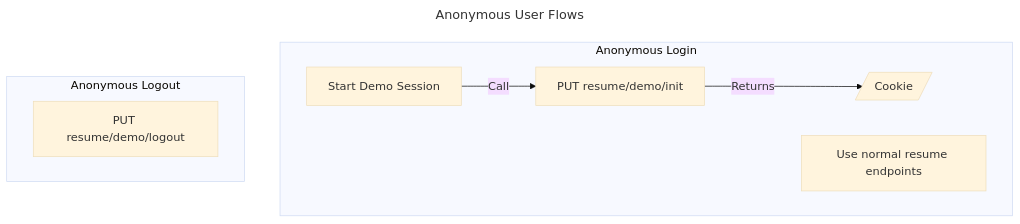
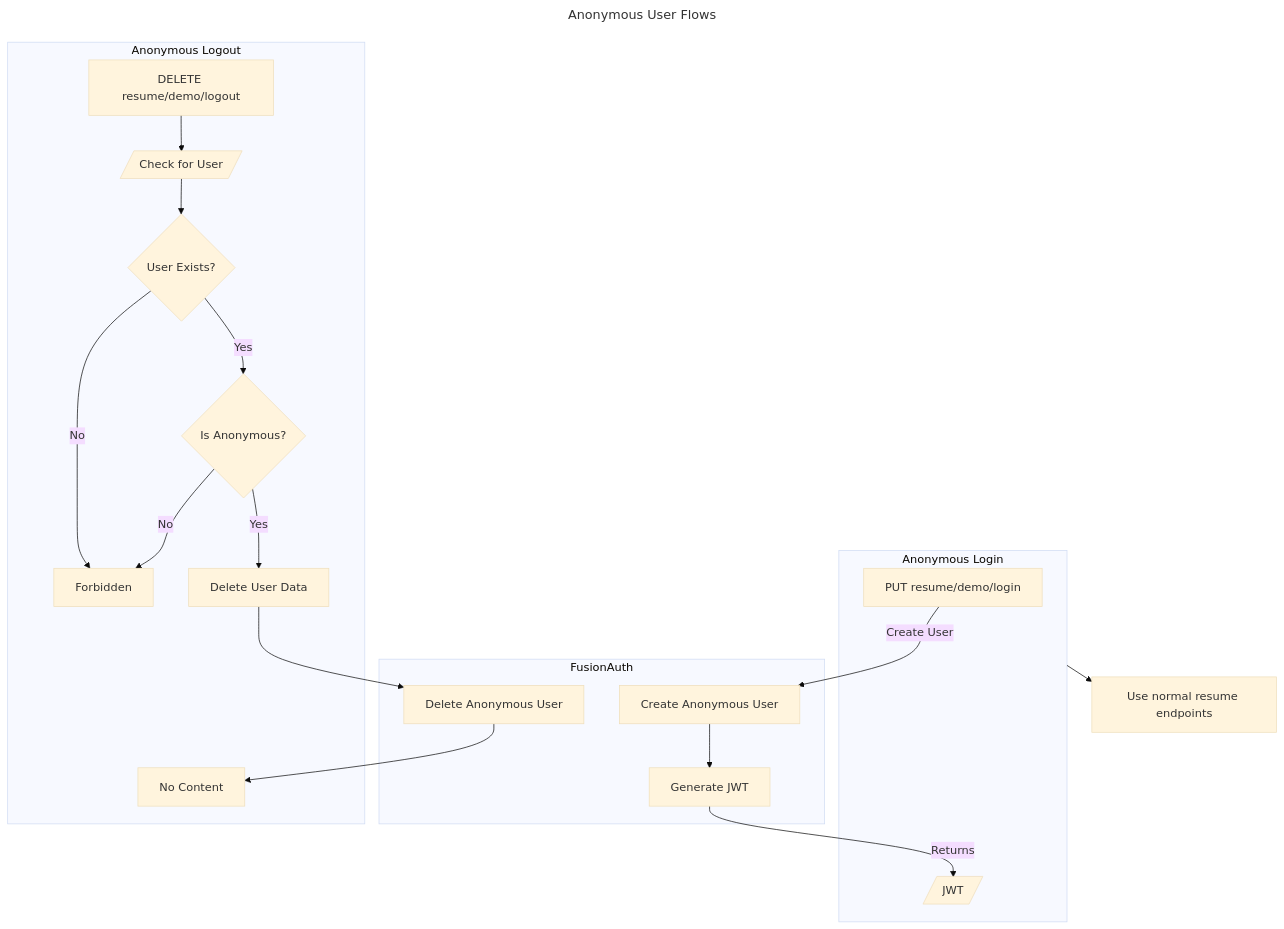
The diagram in ResumeAPI/ResumeAPI/Demo-User-Flow.mmd (BarnesDevelopment/ResumeBuilder), drawn with Mermaid (base theme) before and after one commit. The commit also changed 1 other file, not shown here.

Commit message:
update demo flowchart

```diff
--- a/ResumeAPI/ResumeAPI/Demo-User-Flow.mmd
+++ b/ResumeAPI/ResumeAPI/Demo-User-Flow.mmd
@@ -1,18 +1,32 @@
 ---
 title: Anonymous User Flows
 ---
 
 flowchart TB
-	subgraph Anonymous Login
-		start[Start Demo Session]
-		init[PUT resume/demo/init]
-		token[/Cookie/]
-		start -- Call --> init
-		init -- Returns --> token
-		stop[Use normal resume endpoints]
+	subgraph FusionAuth
+		delete[Delete Anonymous User]
+		create[Create Anonymous User]
+		create --> jwt[Generate JWT]
+	end
+	
+	subgraph anonLogin[Anonymous Login]
+		start[PUT resume/demo/login]
+		token[/JWT/]
+		start -- Create User --> create
+		jwt -- Returns --> token
 	end
 
+	anonLogin --> stop[Use normal resume endpoints]
+
 	subgraph Anonymous Logout
-		Logout[PUT resume/demo/logout]
-
+		logout[DELETE resume/demo/logout]
+		logout --> check[/Check for User/]
+		check --> exists{User Exists?}
+		exists -- No --> 403[Forbidden]
+		exists -- Yes --> isAnon{Is Anonymous?}
+		isAnon -- No --> 403
+		isAnon -- Yes --> deleteUserData[Delete User Data]
+		deleteUserData --> delete
+		delete --> 204[No Content]
+		
 	end
```
